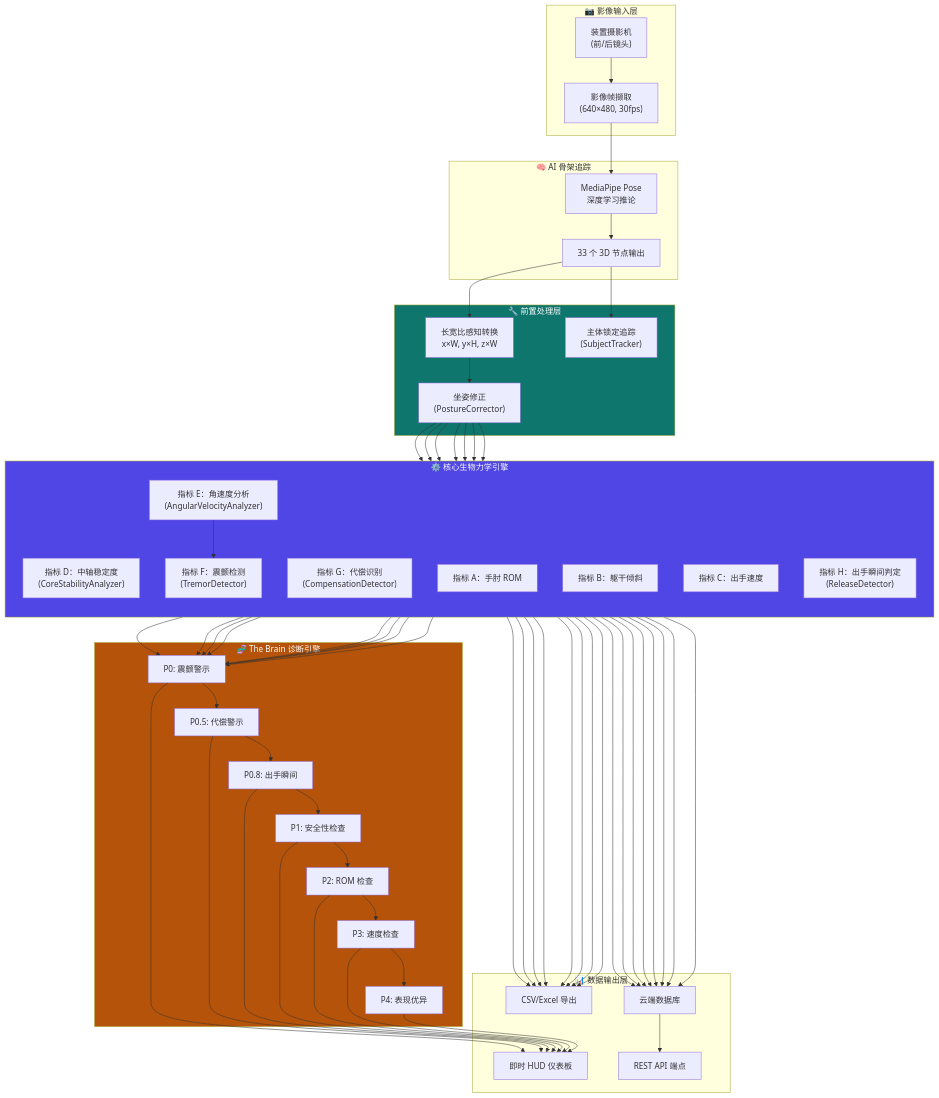
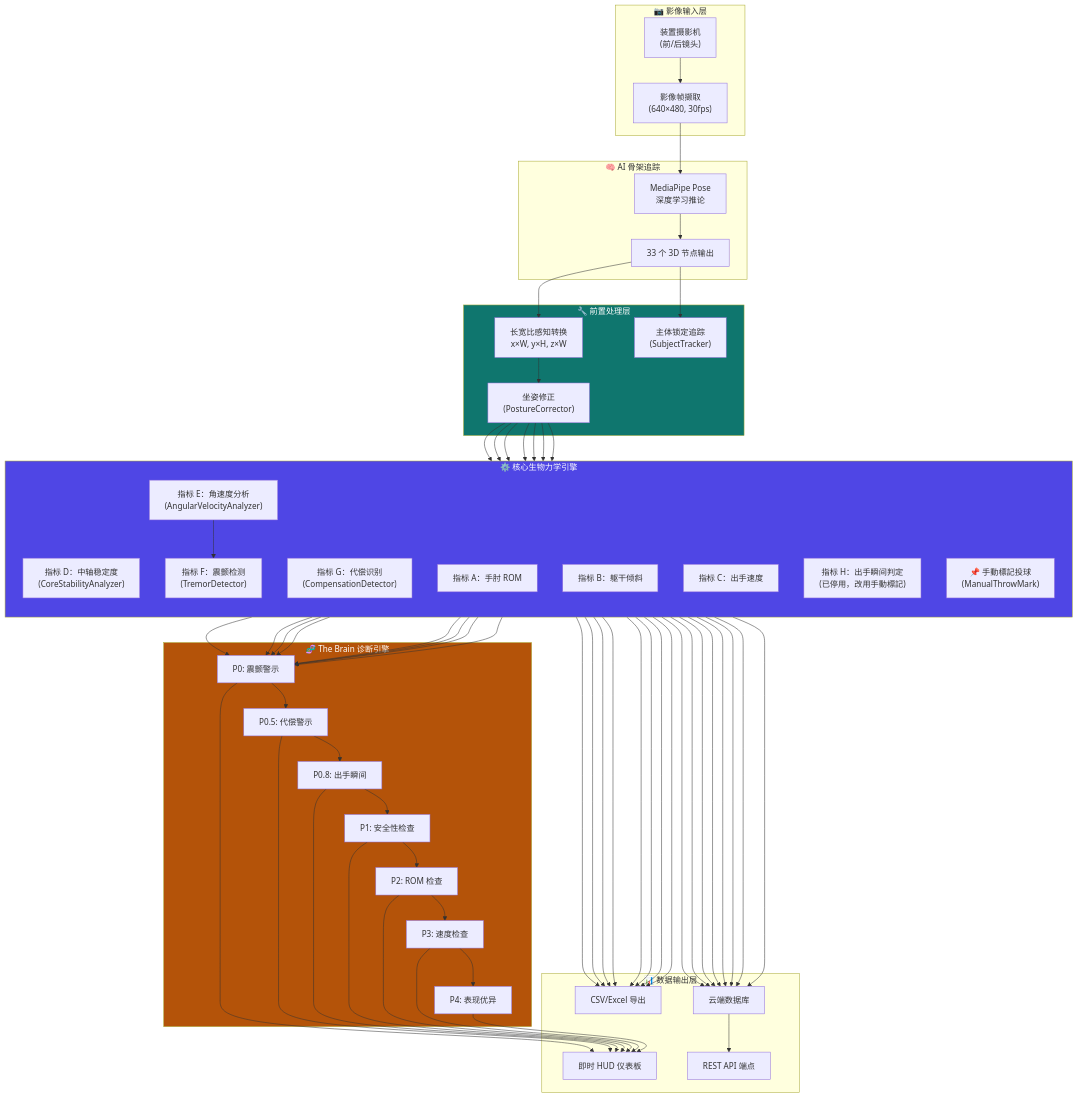
Before and after one commit to secrects2/Daoli2026: the diagram in floor-curling-app/docs/technical_whitepaper.md, drawn with Mermaid. The commit also changed 1 other file, not shown here.

Commit message:
docs: 更新操作指南+白皮书 反映混合方案

````diff
--- a/floor-curling-app/docs/technical_whitepaper.md
+++ b/floor-curling-app/docs/technical_whitepaper.md
@@ -11,62 +11,63 @@
 ```mermaid
 graph TB
     subgraph INPUT["📷 影像输入层"]
         CAM["装置摄影机<br/>(前/后镜头)"]
         FRAME["影像帧撷取<br/>(640×480, 30fps)"]
     end
 
     subgraph AI["🧠 AI 骨架追踪"]
         MP["MediaPipe Pose<br/>深度学习推论"]
         LM["33 个 3D 节点输出"]
     end
 
     subgraph PREPROCESS["🔧 前置处理层"]
         AR["长宽比感知转换<br/>x×W, y×H, z×W"]
         ST["主体锁定追踪<br/>(SubjectTracker)"]
         PC["坐姿修正<br/>(PostureCorrector)"]
     end
 
     subgraph CORE["⚙️ 核心生物力学引擎"]
         direction TB
         CS["指标 D：中轴稳定度<br/>(CoreStabilityAnalyzer)"]
         AV["指标 E：角速度分析<br/>(AngularVelocityAnalyzer)"]
         TD["指标 F：震颤检测<br/>(TremorDetector)"]
         CD["指标 G：代偿识别<br/>(CompensationDetector)"]
         ROM["指标 A：手肘 ROM"]
         TRUNK["指标 B：躯干倾斜"]
         VEL["指标 C：出手速度"]
-        REL["指标 H：出手瞬间判定<br/>(ReleaseDetector)"]
+        REL["指标 H：出手瞬间判定<br/>(已停用，改用手動標記)"]
+        MARK["📌 手動標記投球<br/>(ManualThrowMark)"]
     end
 
     subgraph BRAIN["🧬 The Brain 诊断引擎"]
         R0["P0: 震颤警示"]
         R05["P0.5: 代偿警示"]
         R08["P0.8: 出手瞬间"]
         R1["P1: 安全性检查"]
         R2["P2: ROM 检查"]
         R3["P3: 速度检查"]
         R4["P4: 表现优异"]
     end
 
     subgraph OUTPUT["📊 数据输出层"]
         HUD["即时 HUD 仪表板"]
         EXPORT["CSV/Excel 导出"]
         DB["云端数据库"]
         API["REST API 端点"]
     end
 
     CAM --> FRAME --> MP --> LM
     LM --> AR & ST
     AR --> PC
     PC --> CS & AV & CD & ROM & TRUNK & VEL & REL
     AV --> TD
     CS & AV & TD & CD & ROM & TRUNK & VEL & REL --> R0
     R0 --> R05 --> R08 --> R1 --> R2 --> R3 --> R4
     R0 & R05 & R08 & R1 & R2 & R3 & R4 --> HUD
     CS & AV & TD & CD & ROM & TRUNK & VEL & REL --> EXPORT & DB
     DB --> API
 
     style CORE fill:#4F46E5,color:#fff
     style BRAIN fill:#B45309,color:#fff
     style PREPROCESS fill:#0F766E,color:#fff
 ```
````
